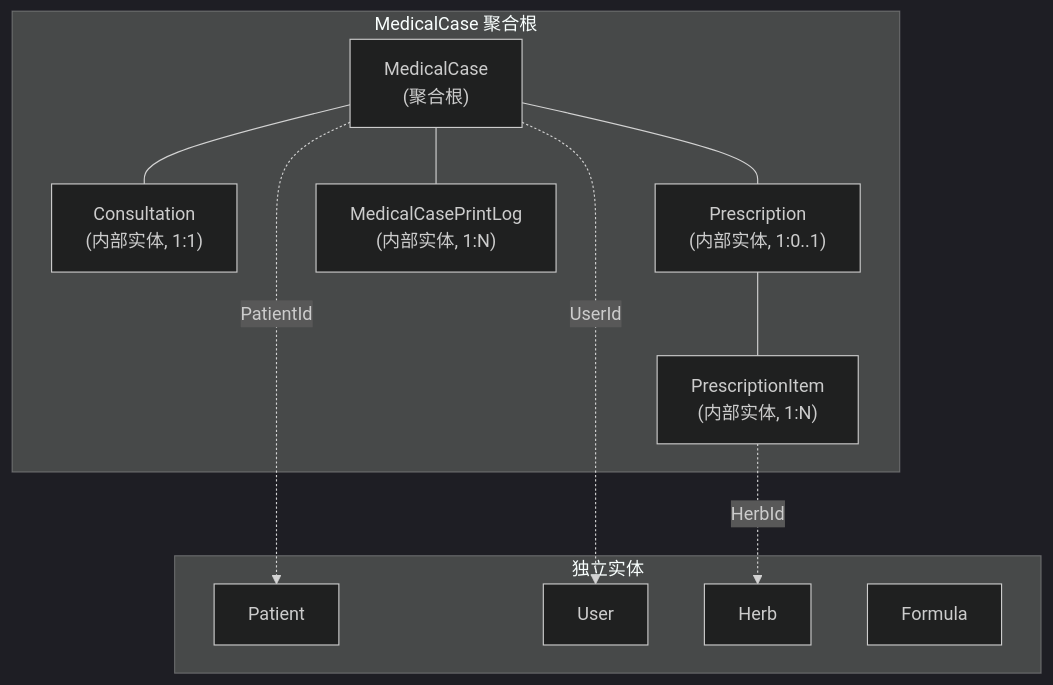
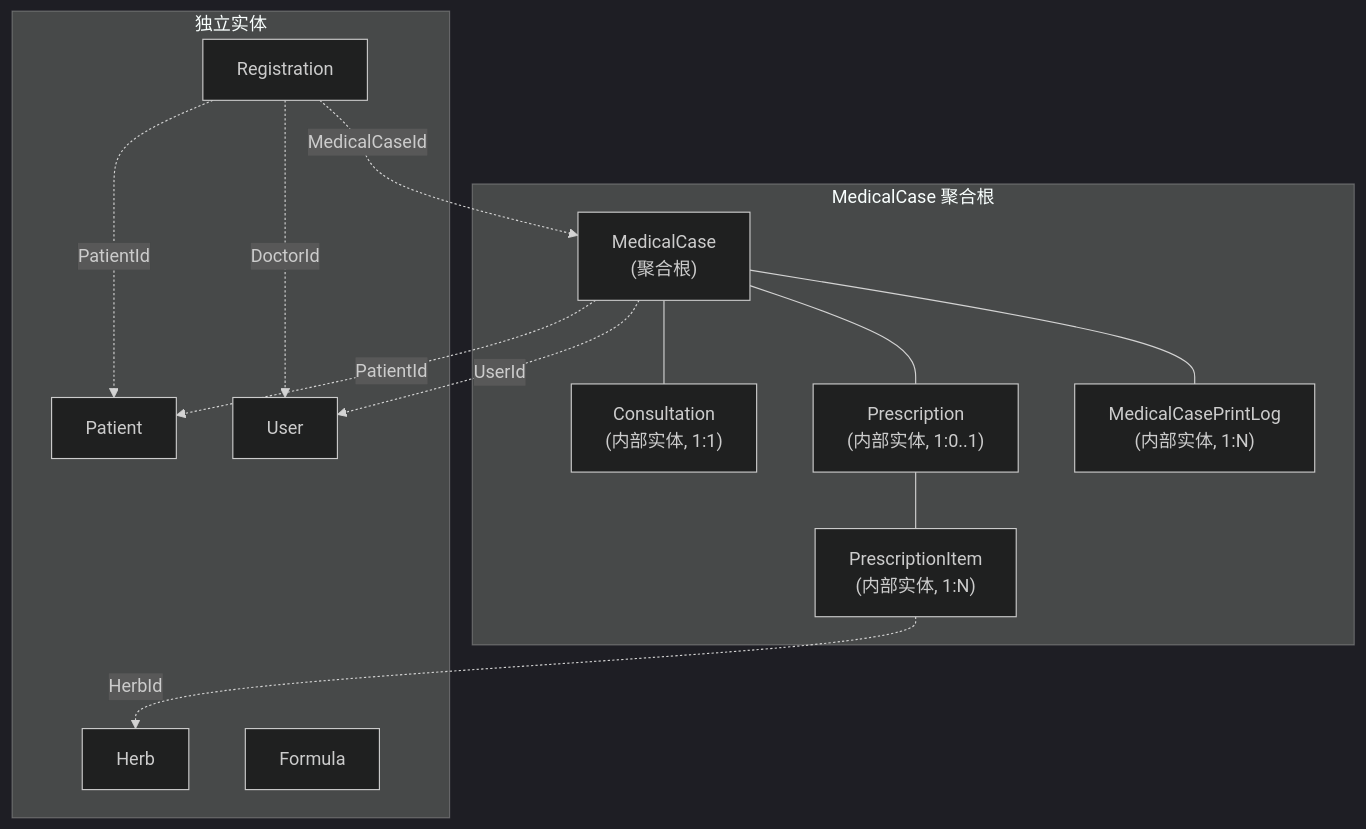
The second of 2 diagrams in docs/03-architecture/data-model.md (shouqitao/LYBTZYZS), drawn with Mermaid (dark theme) before and after one commit. The commit also changed other lines of this file and 31 other files, not shown here.

````diff
--- a/docs/03-architecture/data-model.md
+++ b/docs/03-architecture/data-model.md
@@ -26,25 +29,29 @@
 ```mermaid
 graph TB
     subgraph AggregateRoot["MedicalCase 聚合根"]
         MC["MedicalCase<br>(聚合根)"]
         C["Consultation<br>(内部实体, 1:1)"]
         P["Prescription<br>(内部实体, 1:0..1)"]
         PI["PrescriptionItem<br>(内部实体, 1:N)"]
         MCPL["MedicalCasePrintLog<br>(内部实体, 1:N)"]
         MC --- C
         MC --- P
         MC --- MCPL
         P --- PI
     end
 
     subgraph Independent["独立实体"]
         Patient
         User
         Herb
         Formula
+        Registration
     end
 
     MC -.->|PatientId| Patient
     MC -.->|UserId| User
     PI -.->|HerbId| Herb
+    Registration -.->|PatientId| Patient
+    Registration -.->|DoctorId| User
+    Registration -.->|MedicalCaseId| MC
 ```
````
